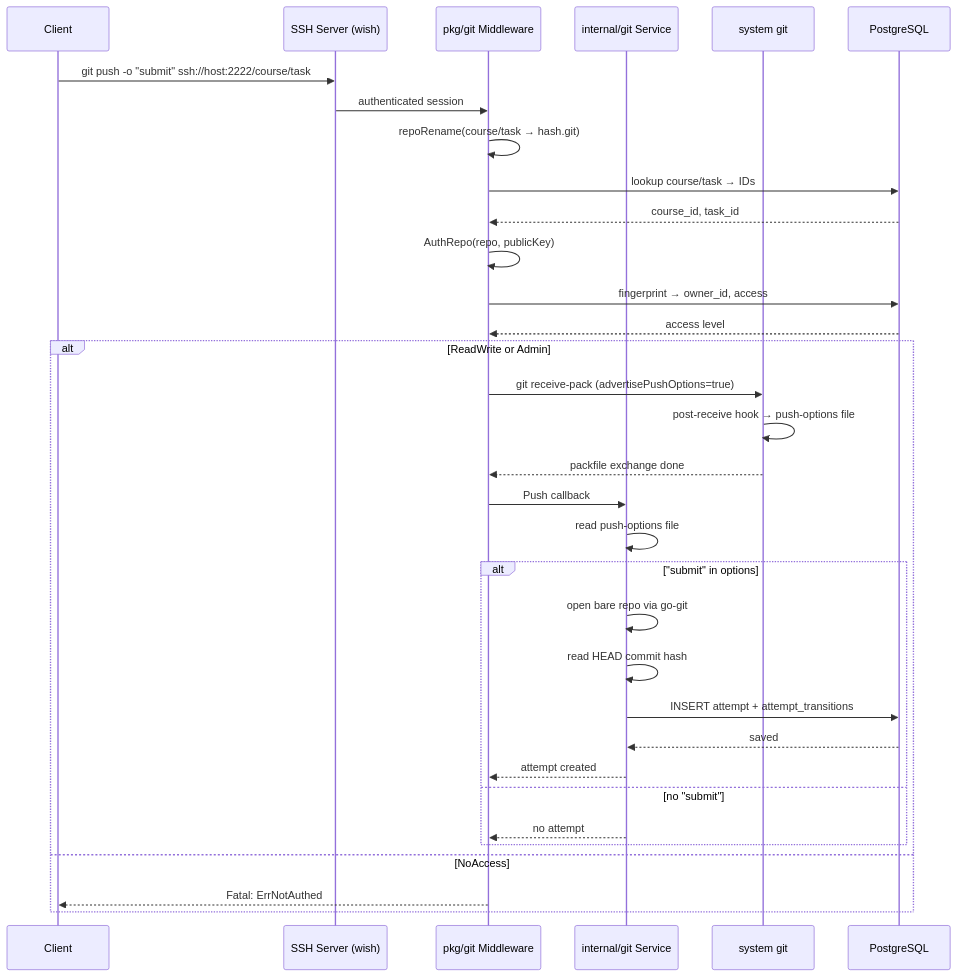
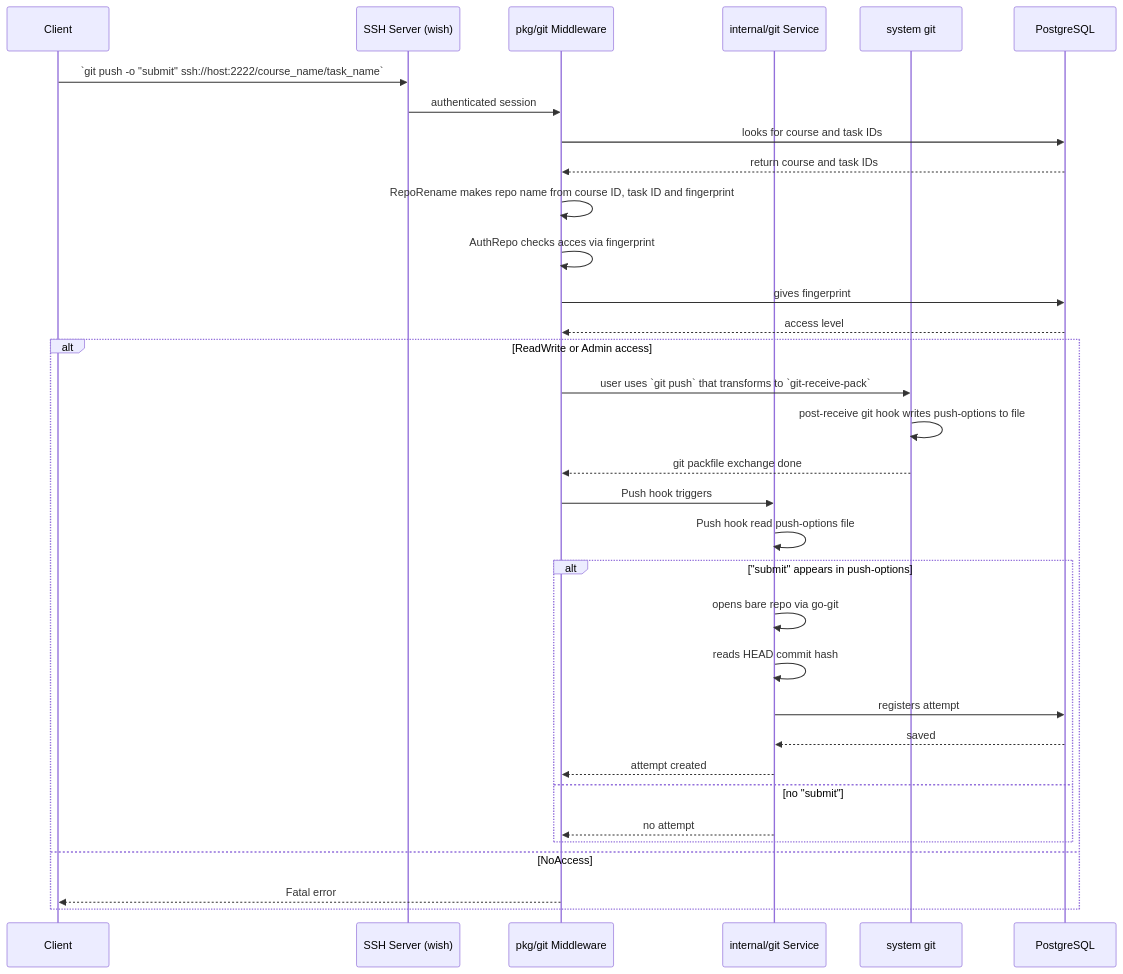
The first of 2 diagrams in internal/git/README.md (dsc-sgu/mm-backend), drawn with Mermaid before and after one commit. The commit also changed other lines of this file, not shown here.

Commit message:
fix: git README

````diff
--- a/internal/git/README.md
+++ b/internal/git/README.md
@@ -9,36 +9,36 @@
 ```mermaid
 sequenceDiagram
     participant C as Client
     participant SSH as SSH Server (wish)
     participant MW as pkg/git Middleware
     participant Svc as internal/git Service
     participant Git as system git
     participant DB as PostgreSQL
 
-    C->>SSH: git push -o "submit" ssh://host:2222/course/task
+    C->>SSH: `git push -o "submit" ssh://host:2222/course_name/task_name`
     SSH->>MW: authenticated session
-    MW->>MW: repoRename(course/task → hash.git)
-    MW->>DB: lookup course/task → IDs
-    DB-->>MW: course_id, task_id
-    MW->>MW: AuthRepo(repo, publicKey)
-    MW->>DB: fingerprint → owner_id, access
+    MW->>DB: looks for course and task IDs
+    DB-->>MW: return course and task IDs
+    MW->>MW: RepoRename makes repo name from course ID, task ID and fingerprint
+    MW->>MW: AuthRepo checks acces via fingerprint
+    MW->>DB: gives fingerprint     
     DB-->>MW: access level
-    alt ReadWrite or Admin
-        MW->>Git: git receive-pack (advertisePushOptions=true)
-        Git->>Git: post-receive hook → push-options file
-        Git-->>MW: packfile exchange done
-        MW->>Svc: Push callback
-        Svc->>Svc: read push-options file
-        alt "submit" in options
-            Svc->>Svc: open bare repo via go-git
-            Svc->>Svc: read HEAD commit hash
-            Svc->>DB: INSERT attempt + attempt_transitions
+    alt ReadWrite or Admin access
+        MW->>Git: user uses `git push` that transforms to `git-receive-pack`    
+        Git->>Git: post-receive git hook writes push-options to file
+        Git-->>MW: git packfile exchange done
+        MW->>Svc: Push hook triggers
+        Svc->>Svc: Push hook read push-options file
+        alt "submit" appears in push-options
+            Svc->>Svc: opens bare repo via go-git
+            Svc->>Svc: reads HEAD commit hash
+            Svc->>DB: registers attempt
             DB-->>Svc: saved
             Svc-->>MW: attempt created
         else no "submit"
             Svc-->>MW: no attempt
         end
     else NoAccess
-        MW-->>C: Fatal: ErrNotAuthed
+        MW-->>C: Fatal error
     end
 ```
````
